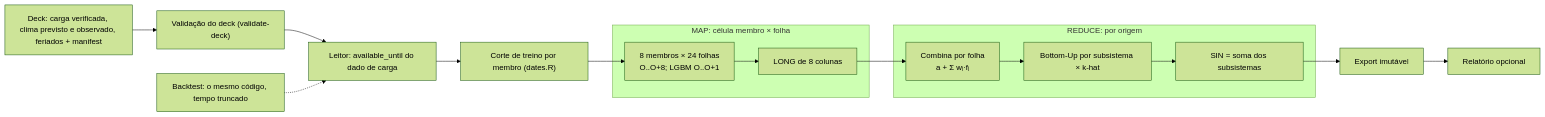
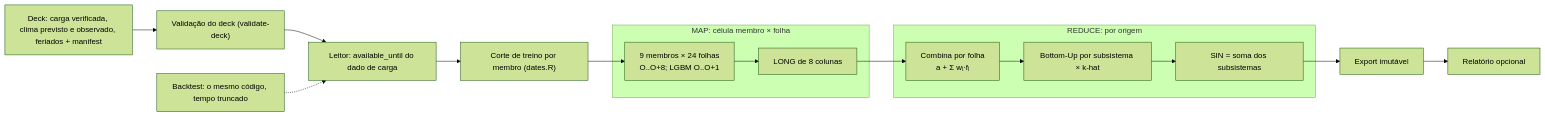
One commit to ONSBR/prevcarga changed the second of 2 diagrams in website/docs/metodologia/01-visao-geral.mdx. Above: the diagram before and after it, drawn with Mermaid (forest theme). The commit also changed other lines of this file and 25 other files, not shown here.

````diff
--- a/website/docs/metodologia/01-visao-geral.mdx
+++ b/website/docs/metodologia/01-visao-geral.mdx
@@ -193,21 +193,21 @@
 ```mermaid
 flowchart LR
   D["Deck: carga verificada, clima previsto e observado, feriados + manifest"]
   G["Validação do deck (validate-deck)"]
   C["Leitor: available_until do dado de carga"]:::corte
   T["Corte de treino por membro (dates.R)"]:::corte
   subgraph MAP["MAP: célula membro × folha"]
-    M["8 membros × 24 folhas<br/>O..O+8; LGBM O..O+1"]:::plugin
+    M["9 membros × 24 folhas<br/>O..O+8; LGBM O..O+1"]:::plugin
     L["LONG de 8 colunas"]
   end
   subgraph REDUCE["REDUCE: por origem"]
     K["Combina por folha<br/>a + Σ wᵢ·fᵢ"]:::fundacao
     B["Bottom-Up por subsistema × k-hat"]:::fundacao
     S["SIN = soma dos subsistemas"]:::fundacao
   end
   E["Export imutável"]
   R["Relatório opcional"]
   BT["Backtest: o mesmo código, tempo truncado"]
   D --> G --> C --> T --> M --> L --> K --> B --> S --> E --> R
   BT -.-> C
 ```
````
